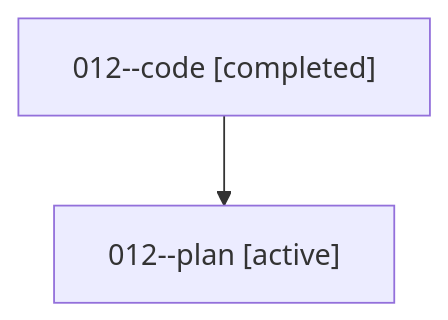
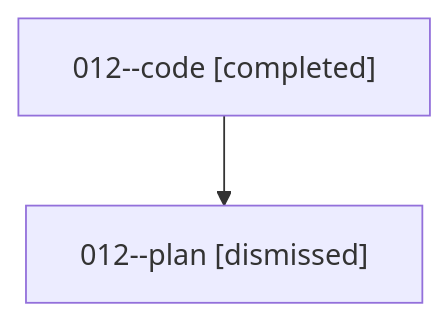
Before and after one commit to sase-org/sase--agents: the diagram in sessions/bbugyi200.athena.012.md, drawn with Mermaid. The commit also changed other lines of this file and 31 other files, not shown here.

````diff
--- a/sessions/bbugyi200.athena.012.md
+++ b/sessions/bbugyi200.athena.012.md
@@ -9,6 +9,6 @@
 ```mermaid
 flowchart TD
   n0["012--code [completed]"]
-  n1["012--plan [active]"]
+  n1["012--plan [dismissed]"]
   n0 --> n1
 ```
````
